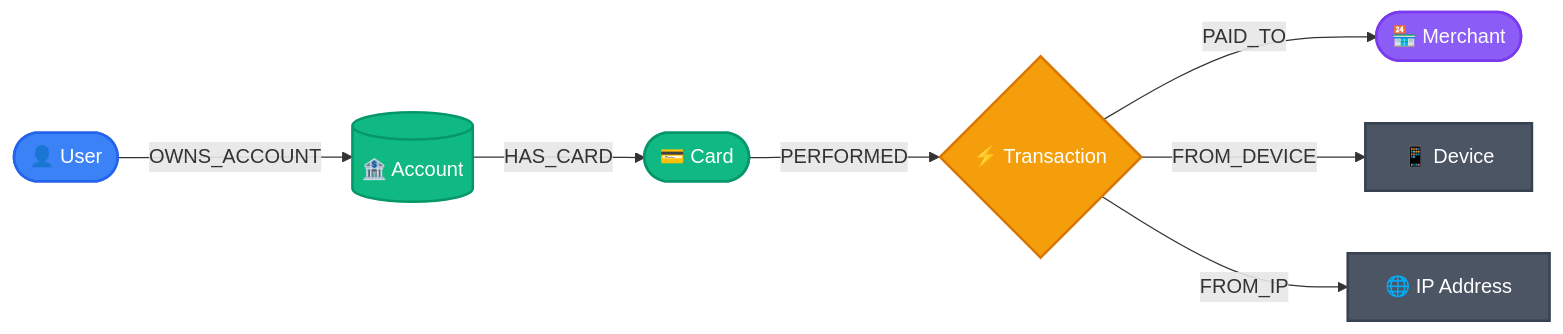
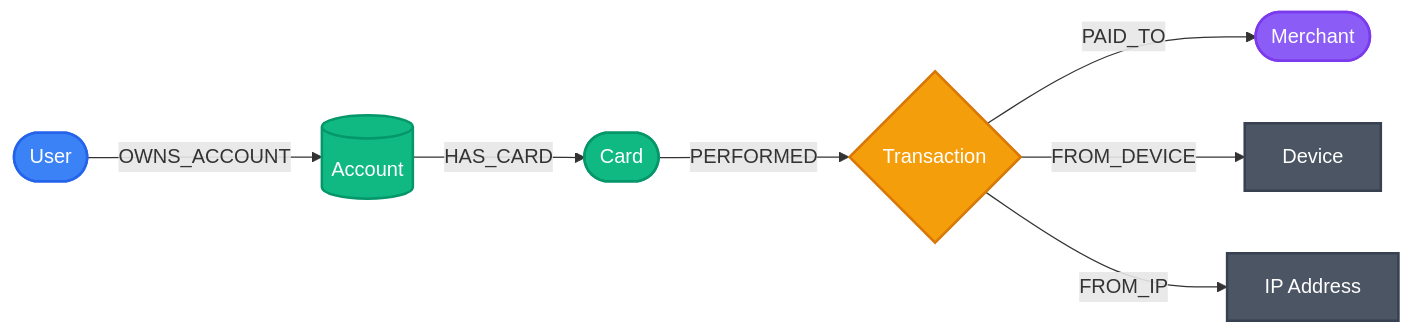
One commit to cesareauricchio/neoFraudJ changed the diagram in README.md. Above: the diagram before and after it, drawn with Mermaid.

````diff
--- a/README.md
+++ b/README.md
@@ -92,23 +92,23 @@
 ```mermaid
 graph LR
     classDef user fill:#3b82f6,stroke:#2563eb,stroke-width:2px,color:#fff;
     classDef finance fill:#10b981,stroke:#059669,stroke-width:2px,color:#fff;
     classDef event fill:#f59e0b,stroke:#d97706,stroke-width:2px,color:#fff;
     classDef target fill:#8b5cf6,stroke:#7c3aed,stroke-width:2px,color:#fff;
     classDef tech fill:#4b5563,stroke:#374151,stroke-width:2px,color:#fff;
 
-    U([👤 User]):::user
-    A[(🏦 Account)]:::finance
-    C([💳 Card]):::finance
-    T{⚡ Transaction}:::event
-    M([🏪 Merchant]):::target
-    D[📱 Device]:::tech
-    IP[🌐 IP Address]:::tech
+    U([User]):::user
+    A[(Account)]:::finance
+    C([Card]):::finance
+    T{Transaction}:::event
+    M([Merchant]):::target
+    D[Device]:::tech
+    IP[IP Address]:::tech
 
     U -- "OWNS_ACCOUNT" --> A
     A -- "HAS_CARD" --> C
     C -- "PERFORMED" --> T
     T -- "PAID_TO" --> M
     T -- "FROM_DEVICE" --> D
     T -- "FROM_IP" --> IP
 ```
````
